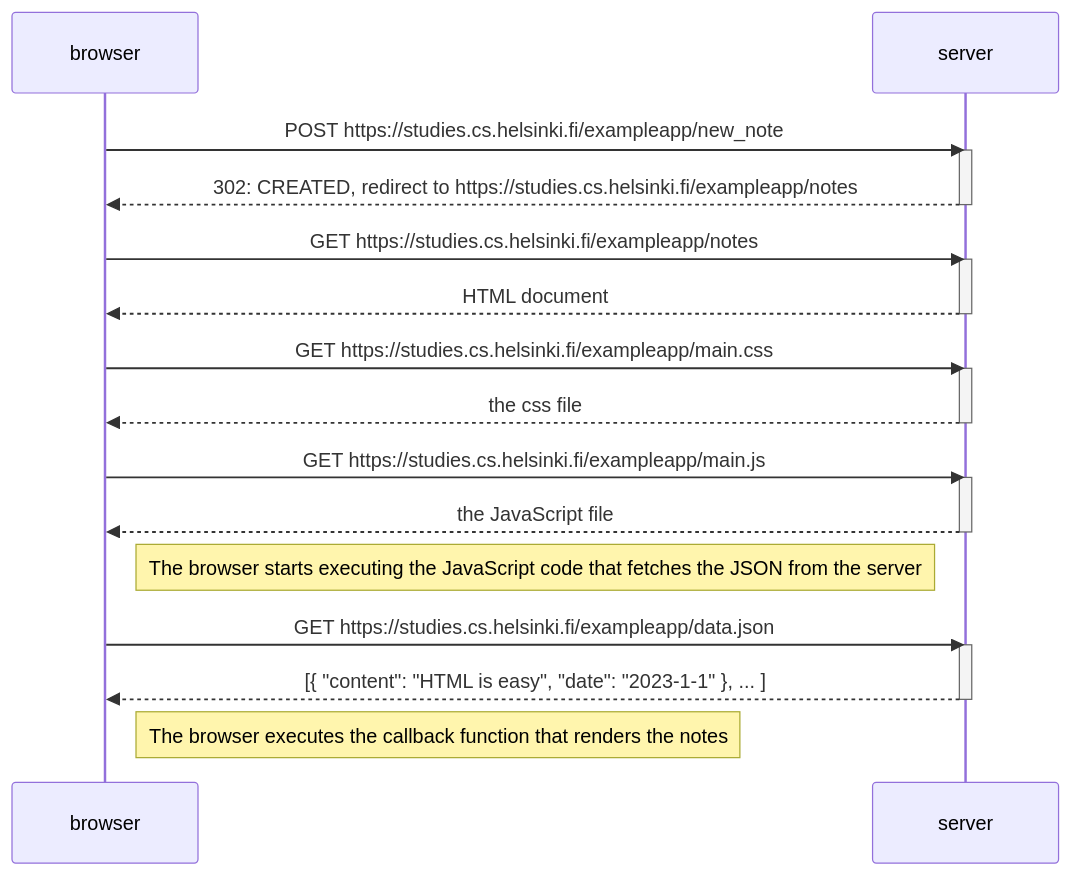
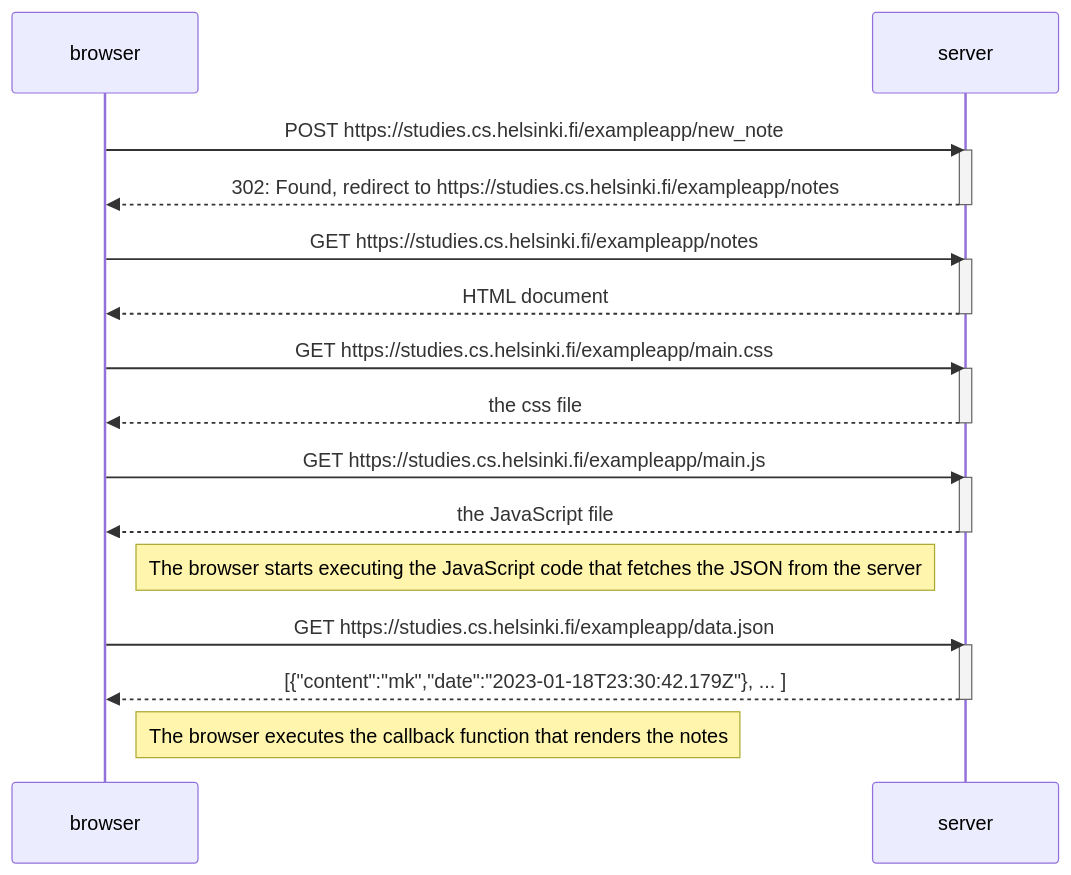
Before and after one commit to edzhuks/full-stack-open: the diagram in part0/ex4_newNoteDiagram.md, drawn with Mermaid.

````diff
--- a/part0/ex4_newNoteDiagram.md
+++ b/part0/ex4_newNoteDiagram.md
@@ -1,34 +1,34 @@
 ```mermaid
 sequenceDiagram
     participant browser
     participant server
     
     browser->>server: POST https://studies.cs.helsinki.fi/exampleapp/new_note
     activate server
-    server-->>browser: 302: CREATED, redirect to https://studies.cs.helsinki.fi/exampleapp/notes
+    server-->>browser: 302: Found, redirect to https://studies.cs.helsinki.fi/exampleapp/notes
     deactivate server
     
     browser->>server: GET https://studies.cs.helsinki.fi/exampleapp/notes
     activate server
     server-->>browser: HTML document
     deactivate server
     
     browser->>server: GET https://studies.cs.helsinki.fi/exampleapp/main.css
     activate server
     server-->>browser: the css file
     deactivate server
     
     browser->>server: GET https://studies.cs.helsinki.fi/exampleapp/main.js
     activate server
     server-->>browser: the JavaScript file
     deactivate server
     
     Note right of browser: The browser starts executing the JavaScript code that fetches the JSON from the server
     
     browser->>server: GET https://studies.cs.helsinki.fi/exampleapp/data.json
     activate server
-    server-->>browser: [{ "content": "HTML is easy", "date": "2023-1-1" }, ... ]
+    server-->>browser: [{"content":"mk","date":"2023-01-18T23:30:42.179Z"}, ... ]
     deactivate server    
 
     Note right of browser: The browser executes the callback function that renders the notes 
 ```
````
